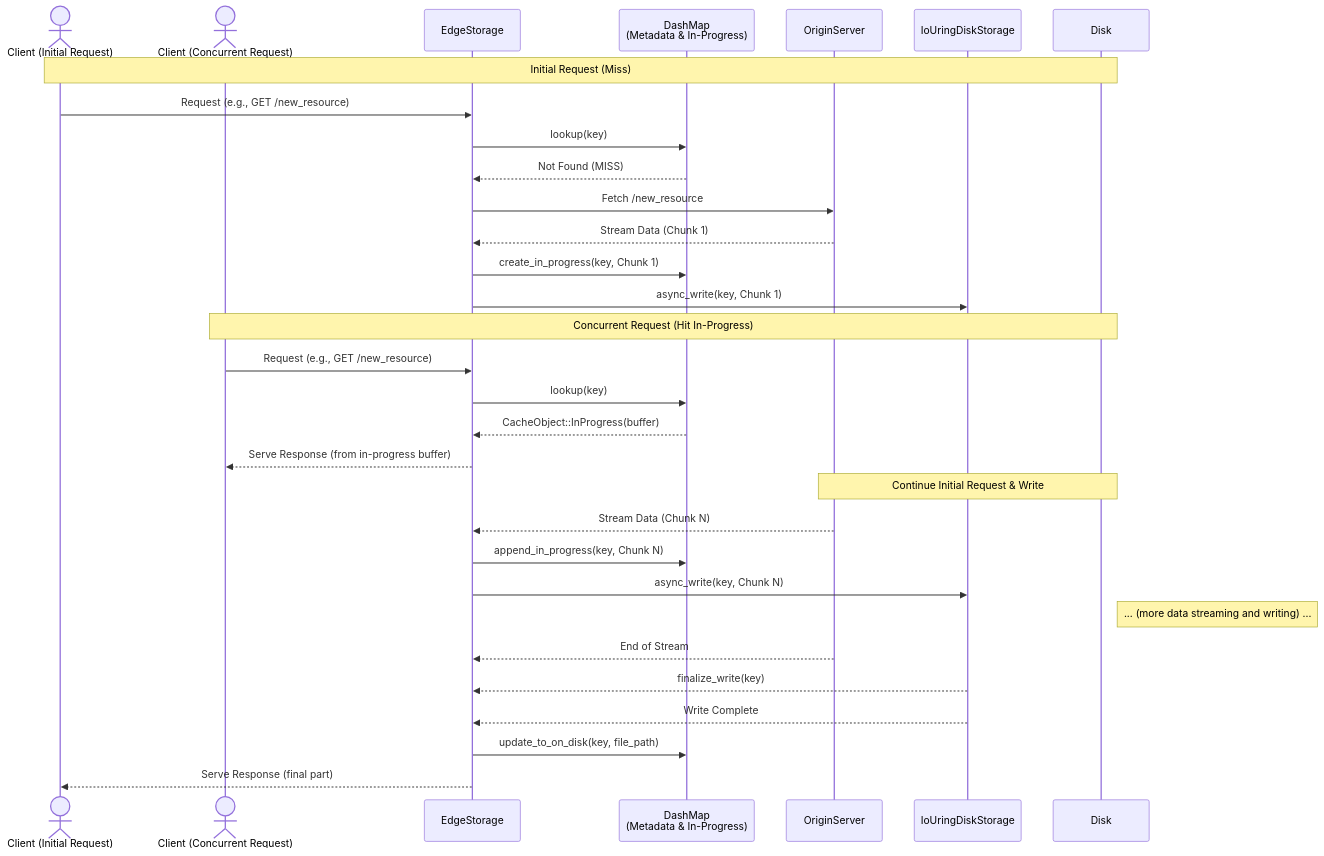
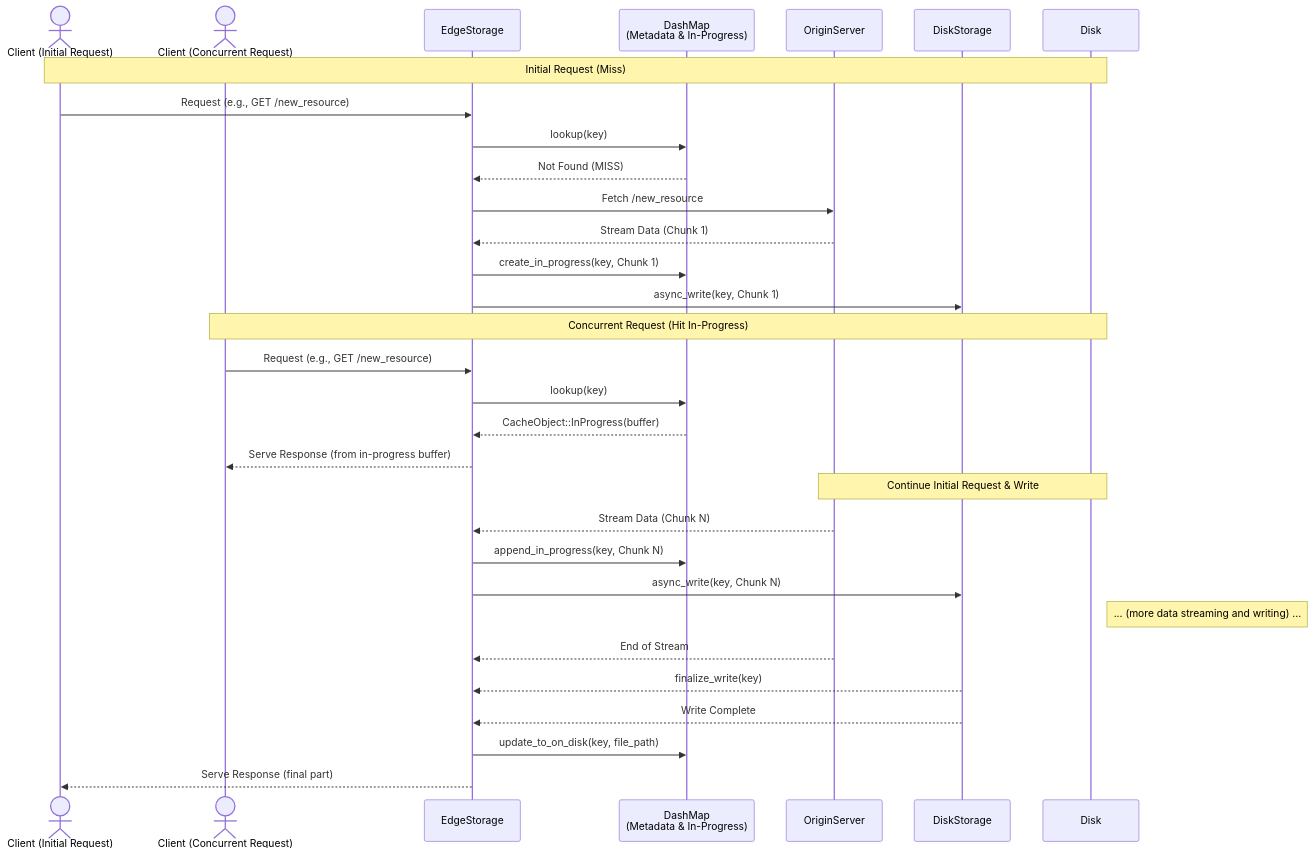
One commit to PixmaNts/edge-cdn-store changed the fourth of 4 diagrams in design/architecture_diagrams.md. Above: the diagram before and after it, drawn with Mermaid. The commit also changed other lines of this file and 6 other files, not shown here.

````diff
--- a/design/architecture_diagrams.md
+++ b/design/architecture_diagrams.md
@@ -87,38 +87,38 @@
 ```mermaid
 sequenceDiagram
     actor Client1 as Client (Initial Request)
     actor Client2 as Client (Concurrent Request)
     participant EdgeStorage
     participant DashMap as DashMap<br>(Metadata & In-Progress)
     participant OriginServer
-    participant IoUringDiskStorage
+    participant DiskStorage
     participant Disk
 
     Note over Client1,Disk: Initial Request (Miss)
     Client1->>EdgeStorage: Request (e.g., GET /new_resource)
     EdgeStorage->>DashMap: lookup(key)
     DashMap-->>EdgeStorage: Not Found (MISS)
     EdgeStorage->>OriginServer: Fetch /new_resource
     OriginServer-->>EdgeStorage: Stream Data (Chunk 1)
     EdgeStorage->>DashMap: create_in_progress(key, Chunk 1)
-    EdgeStorage->>IoUringDiskStorage: async_write(key, Chunk 1)
+    EdgeStorage->>DiskStorage: async_write(key, Chunk 1)
 
     Note over Client2,Disk: Concurrent Request (Hit In-Progress)
     Client2->>EdgeStorage: Request (e.g., GET /new_resource)
     EdgeStorage->>DashMap: lookup(key)
     DashMap-->>EdgeStorage: CacheObject::InProgress(buffer)
     EdgeStorage-->>Client2: Serve Response (from in-progress buffer)
 
     Note over OriginServer,Disk: Continue Initial Request & Write
     OriginServer-->>EdgeStorage: Stream Data (Chunk N)
     EdgeStorage->>DashMap: append_in_progress(key, Chunk N)
-    EdgeStorage->>IoUringDiskStorage: async_write(key, Chunk N)
+    EdgeStorage->>DiskStorage: async_write(key, Chunk N)
 
     Note right of Disk: ... (more data streaming and writing) ...
 
     OriginServer-->>EdgeStorage: End of Stream
-    IoUringDiskStorage-->>EdgeStorage: finalize_write(key)
-    IoUringDiskStorage-->>EdgeStorage: Write Complete
+    DiskStorage-->>EdgeStorage: finalize_write(key)
+    DiskStorage-->>EdgeStorage: Write Complete
     EdgeStorage->>DashMap: update_to_on_disk(key, file_path)
     EdgeStorage-->>Client1: Serve Response (final part)
 ```
````
